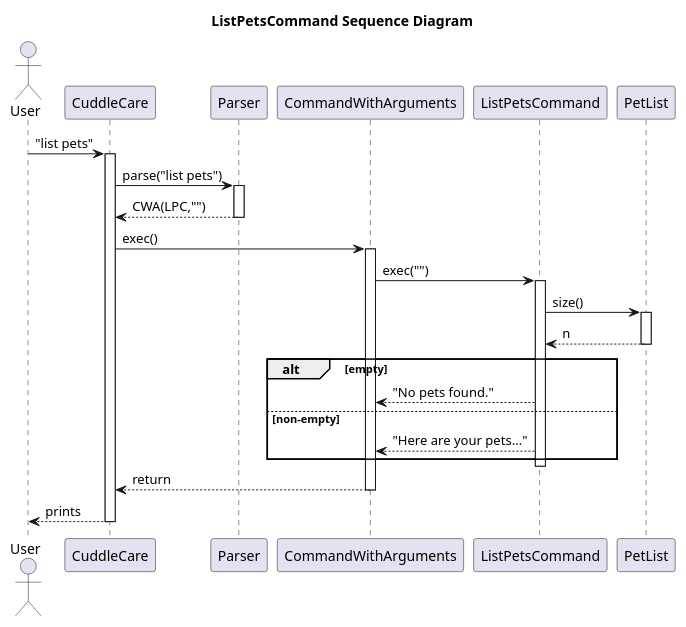
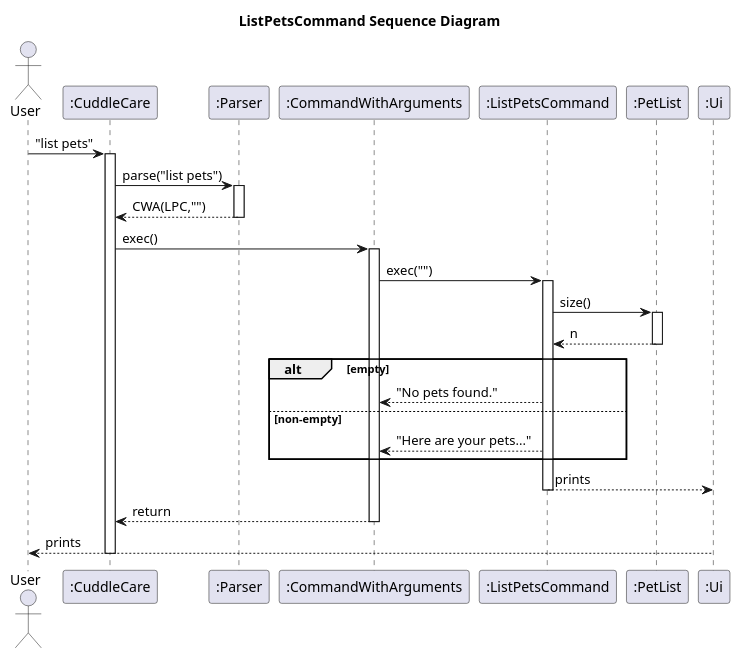
One commit to Kevin88866/tp changed the diagram in docs/uml/ListPetsCommand_Sequence_Diagram.puml. Above: the diagram before and after it, drawn with PlantUML. The commit also changed 19 other files, not shown here.

First line of the commit message:
update class and sequence diagram of listpet, mark/unmarktreatments, edit pet, group treatments by type

```diff
--- a/docs/uml/ListPetsCommand_Sequence_Diagram.puml
+++ b/docs/uml/ListPetsCommand_Sequence_Diagram.puml
@@ -1,35 +1,37 @@
 @startuml
 title ListPetsCommand Sequence Diagram
 actor User
-participant CuddleCare
-participant Parser
-participant CommandWithArguments as CWA
-participant ListPetsCommand as LPC
-participant PetList
+participant ":CuddleCare" as CuddleCare
+participant ":Parser" as Parser
+participant ":CommandWithArguments" as CWA
+participant ":ListPetsCommand" as LPC
+participant ":PetList" as PetList
+participant ":Ui" as Ui
 
 User -> CuddleCare : "list pets"
 activate CuddleCare
 CuddleCare -> Parser : parse("list pets")
 activate Parser
 Parser --> CuddleCare : CWA(LPC,"")
 deactivate Parser
 
 CuddleCare -> CWA : exec()
 activate CWA
 CWA -> LPC : exec("")
 activate LPC
 LPC -> PetList : size()
 activate PetList
 PetList --> LPC : n
 deactivate PetList
 alt empty
   LPC --> CWA : "No pets found."
 else non-empty
   LPC --> CWA : "Here are your pets..."
 end
+  LPC --> Ui : prints
 deactivate LPC
 CWA --> CuddleCare : return
 deactivate CWA
-CuddleCare --> User : prints
+Ui --> User : prints
 deactivate CuddleCare
 @enduml
```
